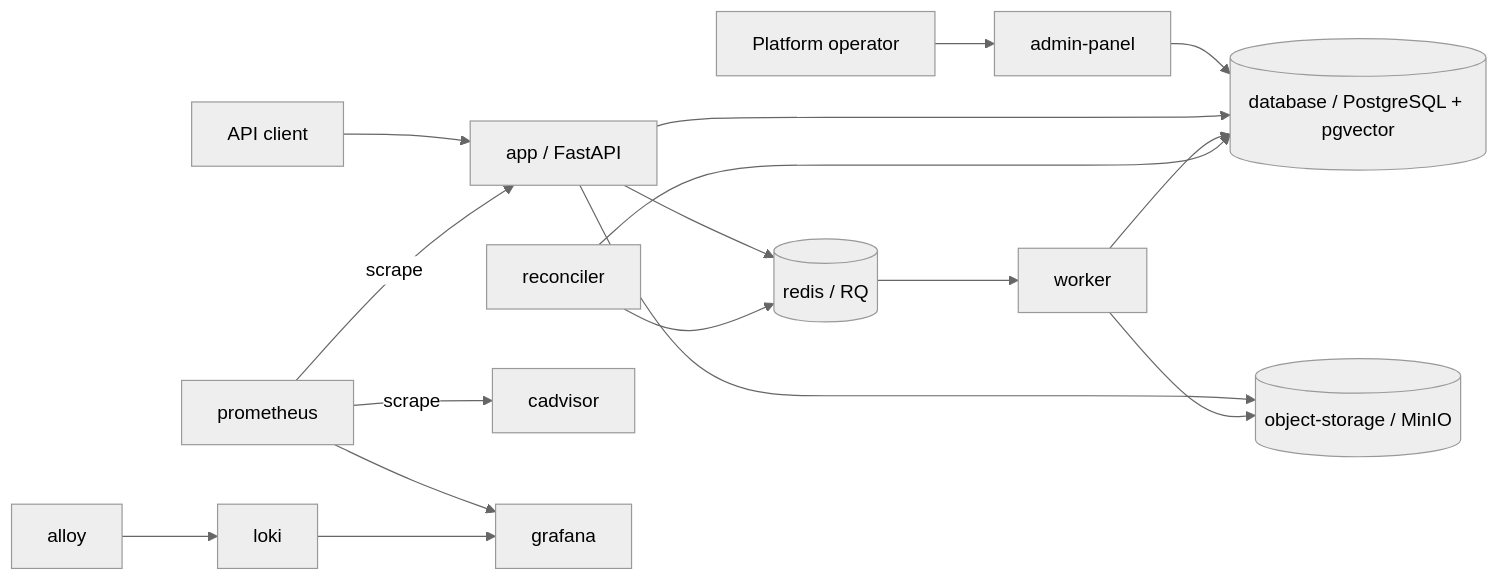
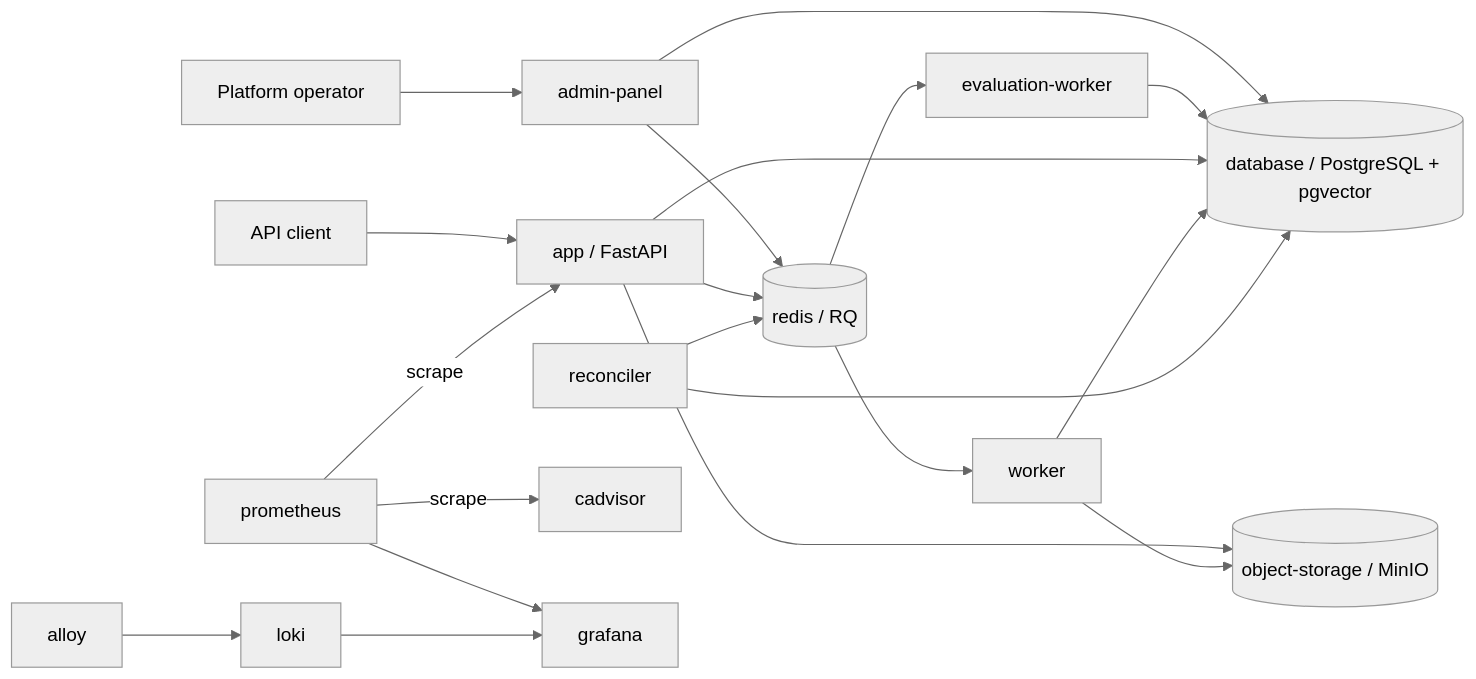
The diagram in docs/application/README.md (dpogarcic/document_insight), drawn with Mermaid (neutral theme) before and after one commit. The commit also changed other lines of this file and 113 other files, not shown here.

First line of the commit message:
feat: add evaluation suite and admin dashboard for retrieval-quality benchmarking

````diff
--- a/docs/application/README.md
+++ b/docs/application/README.md
@@ -31,19 +35,22 @@
 ```mermaid
 flowchart LR
     Client[API client] --> API[app / FastAPI]
     Operator[Platform operator] --> Admin[admin-panel]
     Admin --> DB[(database / PostgreSQL + pgvector)]
+    Admin --> Queue
+    Queue --> EvalWorker[evaluation-worker]
+    EvalWorker --> DB
     API --> DB
     API --> Storage[(object-storage / MinIO)]
     API --> Queue[(redis / RQ)]
     Queue --> Worker[worker]
     Worker --> Storage
     Worker --> DB
     Reconciler[reconciler] --> DB
     Reconciler --> Queue
     Metrics[prometheus] -->|scrape| API
     Metrics -->|scrape| Cadvisor[cadvisor]
     Metrics --> Grafana[grafana]
     Alloy[alloy] --> Loki[loki]
     Loki --> Grafana
 ```
````
